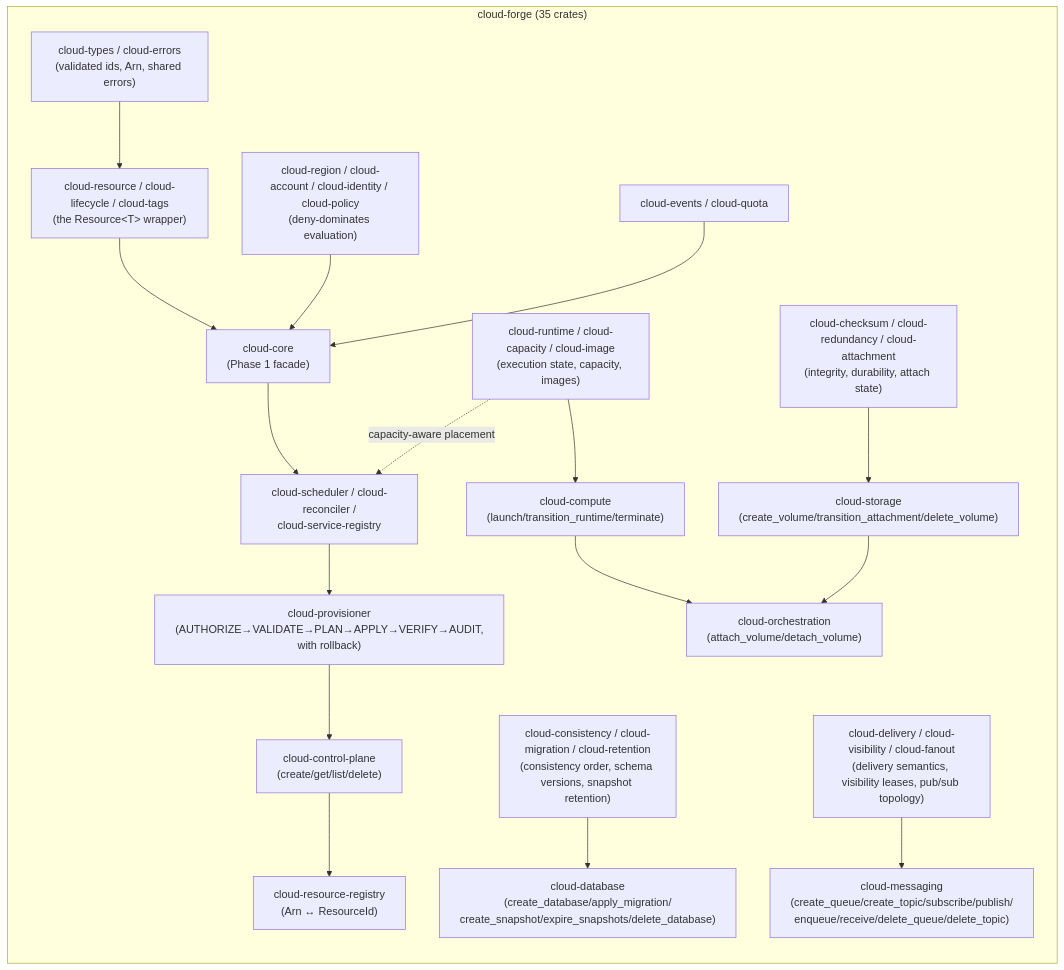
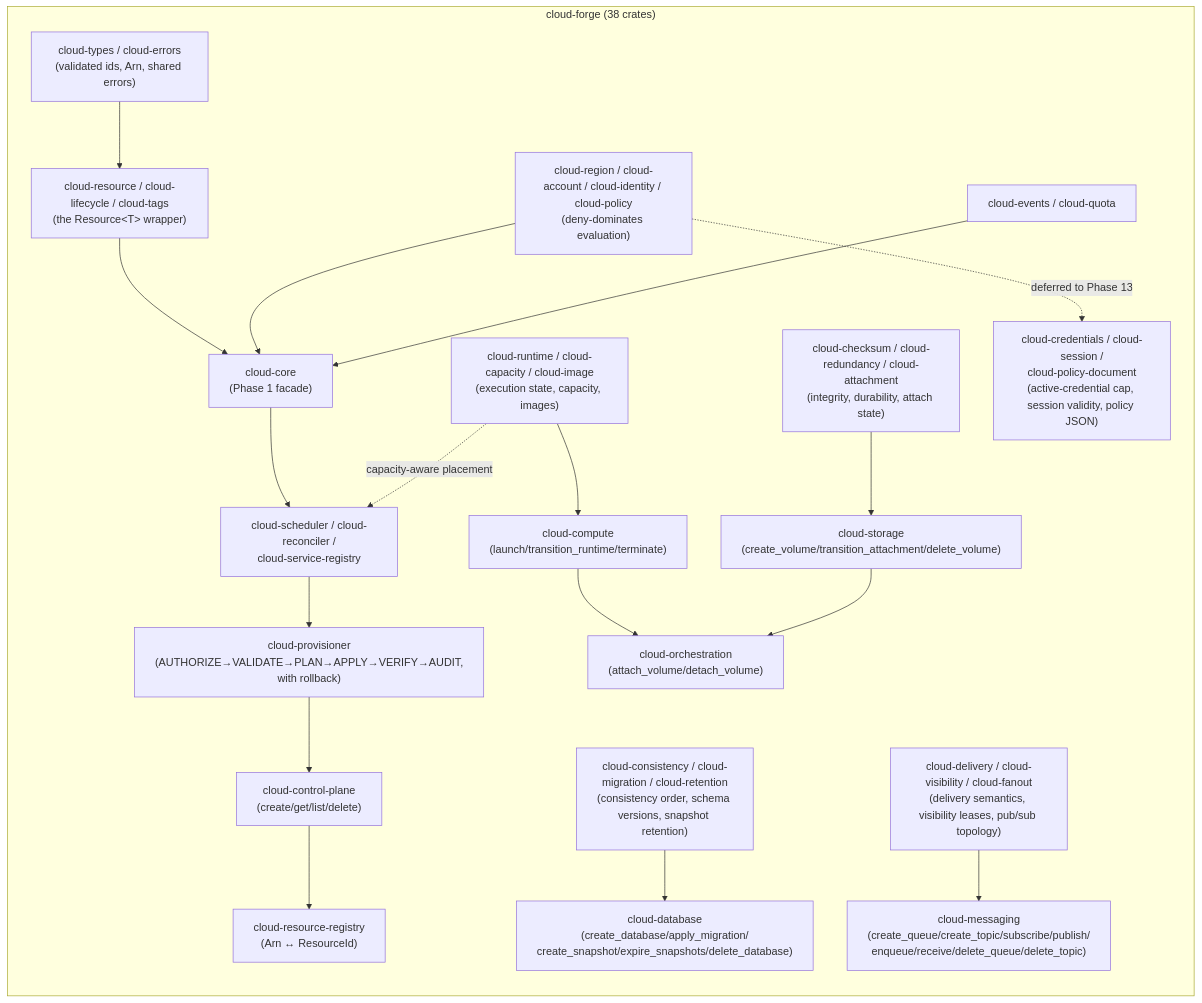
The fifth of 5 diagrams in README.md (SNAPKITTYAGENT9NOVA/tlm-jxcl-forge), drawn with Mermaid before and after one commit. The commit also changed other lines of this file and 10 other files, not shown here.

````diff
--- a/README.md
+++ b/README.md
@@ -418,36 +421,38 @@
 ```mermaid
 flowchart LR
-    subgraph cf["cloud-forge (35 crates)"]
+    subgraph cf["cloud-forge (38 crates)"]
         direction TB
         types["cloud-types / cloud-errors<br/>(validated ids, Arn, shared errors)"]
         model["cloud-resource / cloud-lifecycle / cloud-tags<br/>(the Resource&lt;T&gt; wrapper)"]
         access["cloud-region / cloud-account / cloud-identity / cloud-policy<br/>(deny-dominates evaluation)"]
         ops["cloud-events / cloud-quota"]
         core["cloud-core<br/>(Phase 1 facade)"]
         control["cloud-scheduler / cloud-reconciler /<br/>cloud-service-registry"]
         pipeline["cloud-provisioner<br/>(AUTHORIZE→VALIDATE→PLAN→APPLY→VERIFY→AUDIT,<br/>with rollback)"]
         plane["cloud-control-plane<br/>(create/get/list/delete)"]
         names["cloud-resource-registry<br/>(Arn ↔ ResourceId)"]
         compute["cloud-runtime / cloud-capacity / cloud-image<br/>(execution state, capacity, images)"]
         storage["cloud-checksum / cloud-redundancy / cloud-attachment<br/>(integrity, durability, attach state)"]
         database["cloud-consistency / cloud-migration / cloud-retention<br/>(consistency order, schema versions, snapshot retention)"]
         messaging["cloud-delivery / cloud-visibility / cloud-fanout<br/>(delivery semantics, visibility leases, pub/sub topology)"]
         computeSvc["cloud-compute<br/>(launch/transition_runtime/terminate)"]
         storageSvc["cloud-storage<br/>(create_volume/transition_attachment/delete_volume)"]
         databaseSvc["cloud-database<br/>(create_database/apply_migration/<br/>create_snapshot/expire_snapshots/delete_database)"]
         messagingSvc["cloud-messaging<br/>(create_queue/create_topic/subscribe/publish/<br/>enqueue/receive/delete_queue/delete_topic)"]
         orchestration["cloud-orchestration<br/>(attach_volume/detach_volume)"]
+        iam["cloud-credentials / cloud-session /<br/>cloud-policy-document<br/>(active-credential cap, session validity, policy JSON)"]
         types --> model --> core
         access --> core
         ops --> core
         core --> control --> pipeline --> plane
         plane --> names
         compute -.capacity-aware placement.-> control
         compute --> computeSvc
         storage --> storageSvc
         database --> databaseSvc
         messaging --> messagingSvc
         computeSvc --> orchestration
         storageSvc --> orchestration
+        access -.deferred to Phase 13.-> iam
     end
 ```
````
